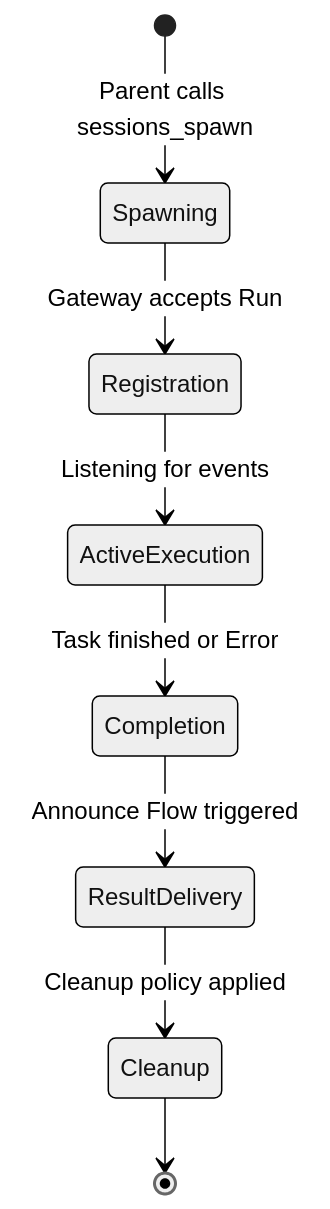
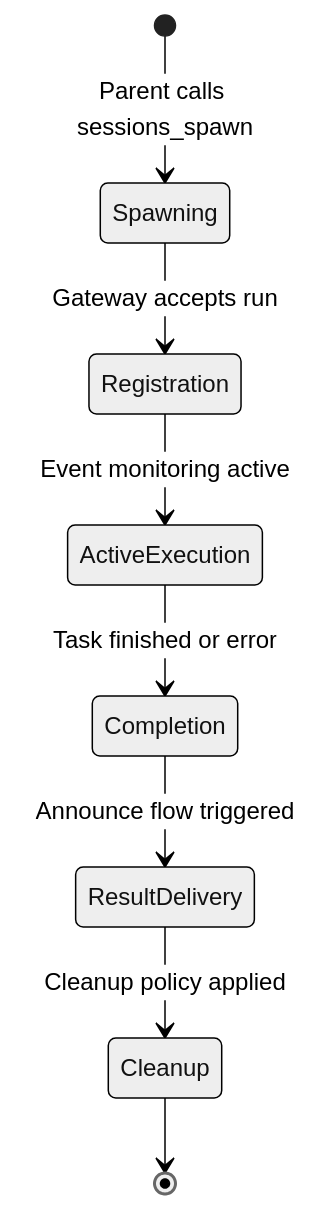
The first of 7 diagrams in details/execution-lifecycle.md (rzafiamy/openclaw-architecture), drawn with Mermaid (neutral theme) before and after one commit. The commit also changed other lines of this file and 12 other files, not shown here.

````diff
--- a/details/execution-lifecycle.md
+++ b/details/execution-lifecycle.md
@@ -7,10 +11,10 @@
 ```mermaid
 stateDiagram-v2
     [*] --> Spawning: Parent calls sessions_spawn
-    Spawning --> Registration: Gateway accepts Run
-    Registration --> ActiveExecution: Listening for events
-    ActiveExecution --> Completion: Task finished or Error
-    Completion --> ResultDelivery: Announce Flow triggered
+    Spawning --> Registration: Gateway accepts run
+    Registration --> ActiveExecution: Event monitoring active
+    ActiveExecution --> Completion: Task finished or error
+    Completion --> ResultDelivery: Announce flow triggered
     ResultDelivery --> Cleanup: Cleanup policy applied
     Cleanup --> [*]
 ```
````
